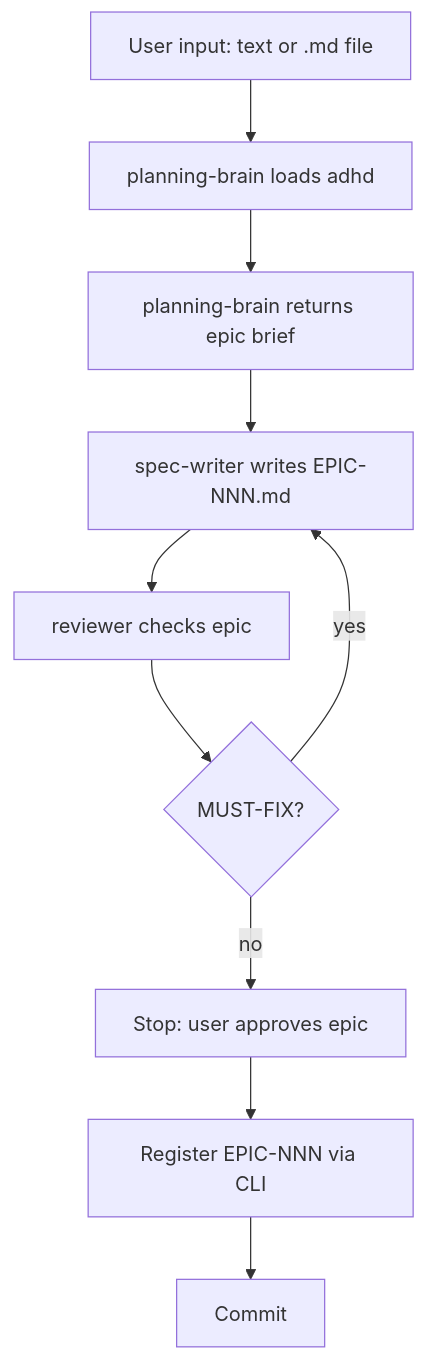
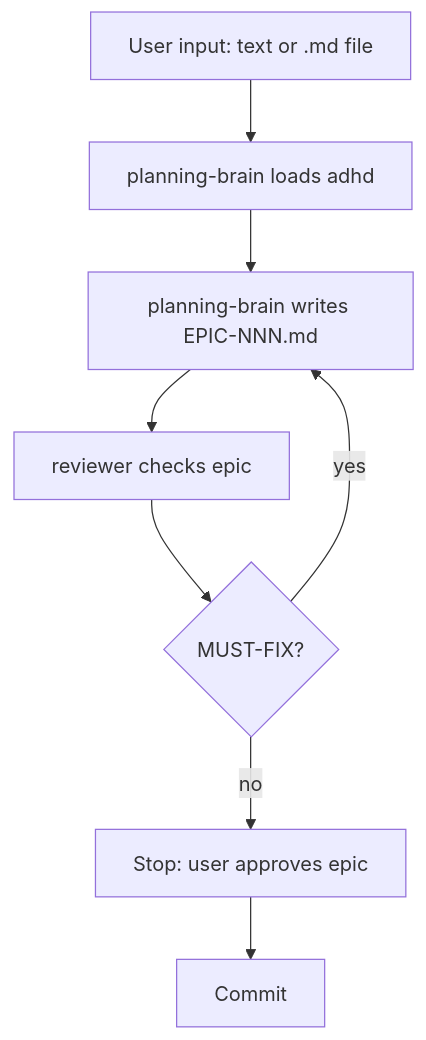
Before and after one commit to bperin/project-context: the first of 2 diagrams in src/workflows/pc-epic.md, drawn with Mermaid. The commit also changed other lines of this file and 16 other files, not shown here.

First line of the commit message:
feat: merge writers into planning-brain — one agent thinks and writes

````diff
--- a/src/workflows/pc-epic.md
+++ b/src/workflows/pc-epic.md
@@ -7,12 +7,10 @@
 ```mermaid
 flowchart TD
     A["User input: text or .md file"] --> B[planning-brain loads adhd]
-    B --> C[planning-brain returns epic brief]
-    C --> D[spec-writer writes EPIC-NNN.md]
-    D --> E[reviewer checks epic]
-    E --> F{MUST-FIX?}
-    F -->|yes| D
-    F -->|no| G[Stop: user approves epic]
-    G --> H[Register EPIC-NNN via CLI]
-    H --> I[Commit]
+    B --> C[planning-brain writes EPIC-NNN.md]
+    C --> D[reviewer checks epic]
+    D --> E{MUST-FIX?}
+    E -->|yes| C
+    E -->|no| F[Stop: user approves epic]
+    F --> G[Commit]
 ```
````
